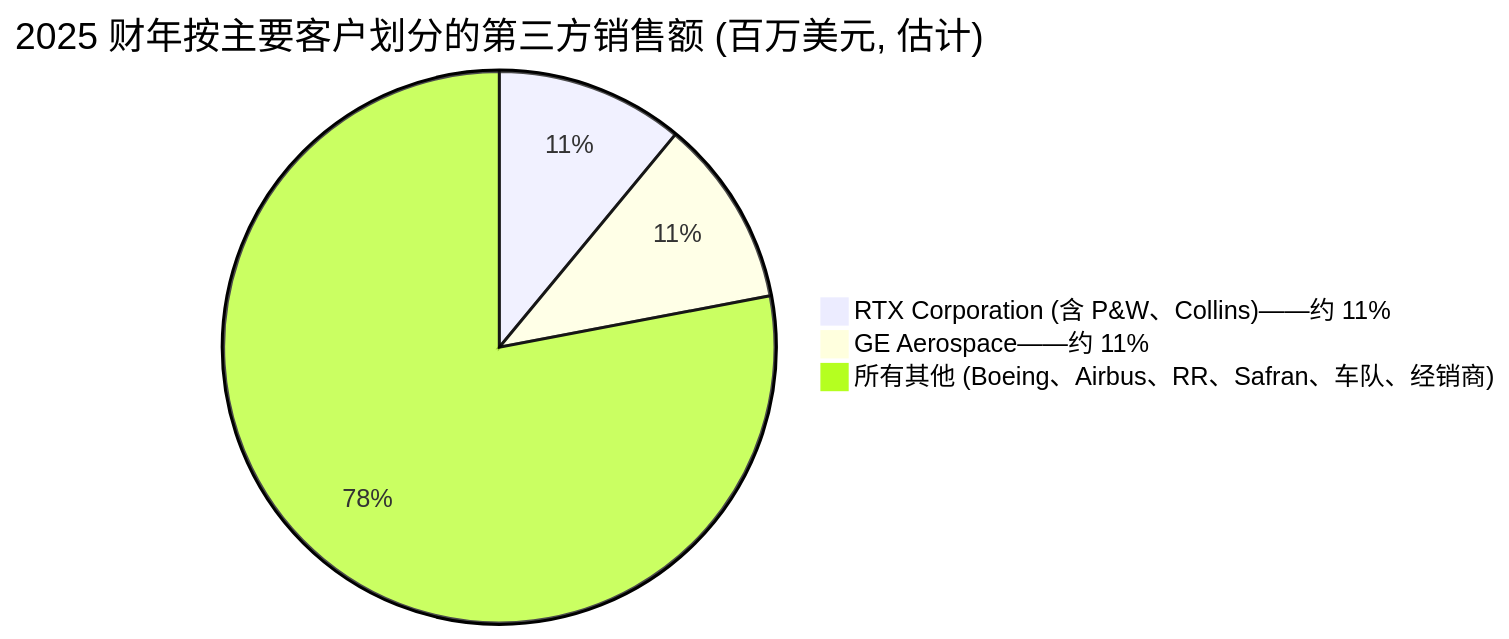
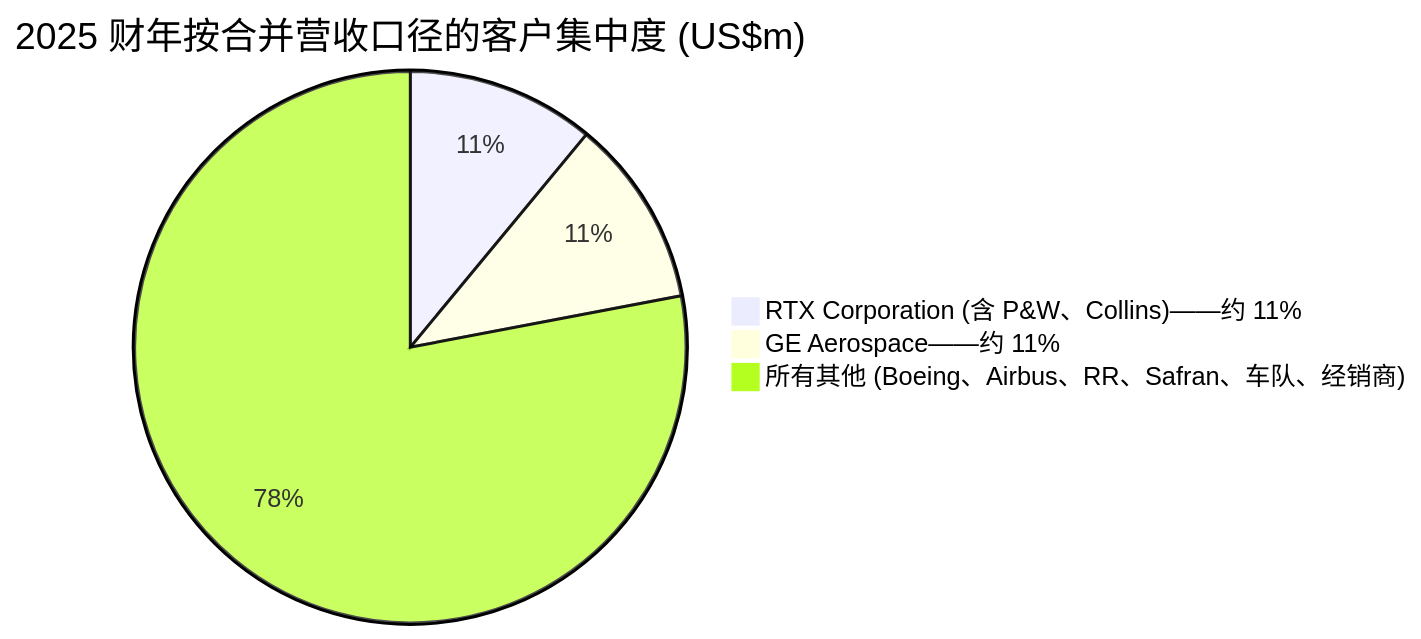
The third of 4 diagrams in reports/company/Howmet_NYSE_HWM/Howmet_NYSE_HWM_公司研究.md (dadachundan/financial_agent), drawn with Mermaid before and after one commit. The commit also changed other lines of this file and 16 other files, not shown here.

````diff
--- a/reports/company/Howmet_NYSE_HWM/Howmet_NYSE_HWM_公司研究.md
+++ b/reports/company/Howmet_NYSE_HWM/Howmet_NYSE_HWM_公司研究.md
@@ -194,6 +695,6 @@
 ```mermaid
-pie title 2025 财年按主要客户划分的第三方销售额 (百万美元, 估计)
+pie title 2025 财年按合并营收口径的客户集中度 (US$m)
     "RTX Corporation (含 P&W、Collins)——约 11%" : 908
     "GE Aerospace——约 11%" : 908
     "所有其他 (Boeing、Airbus、RR、Safran、车队、经销商)" : 6436
 ```
````
